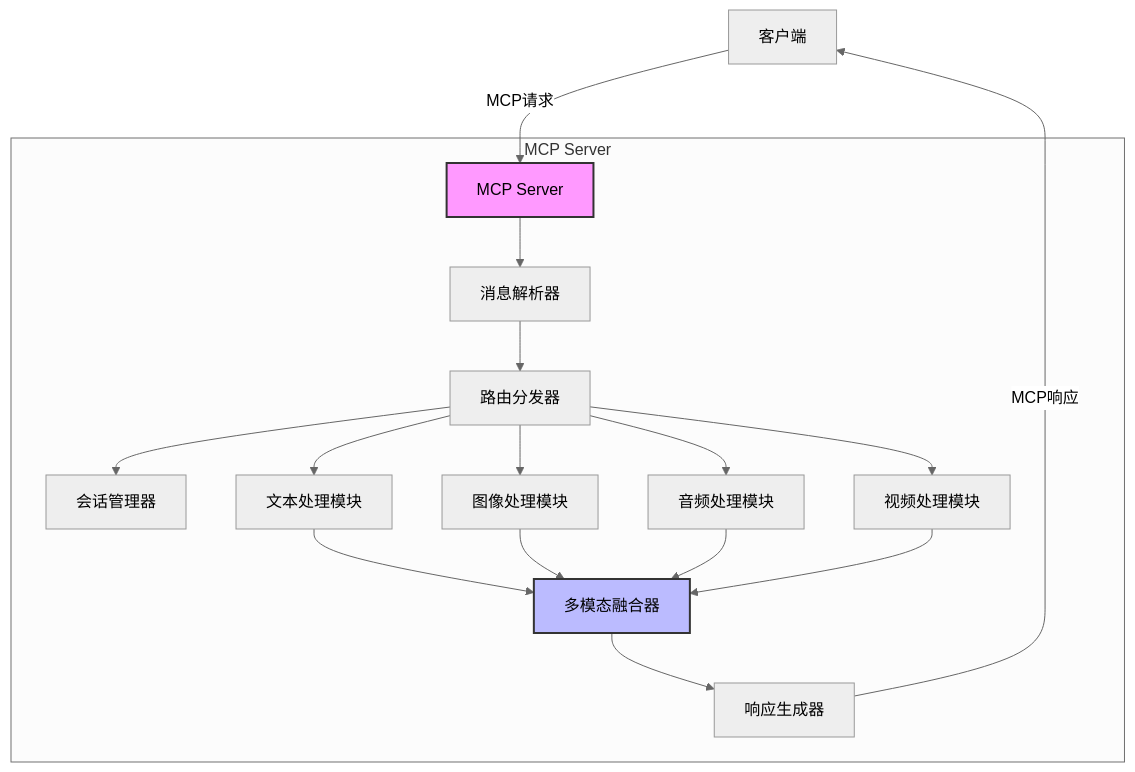
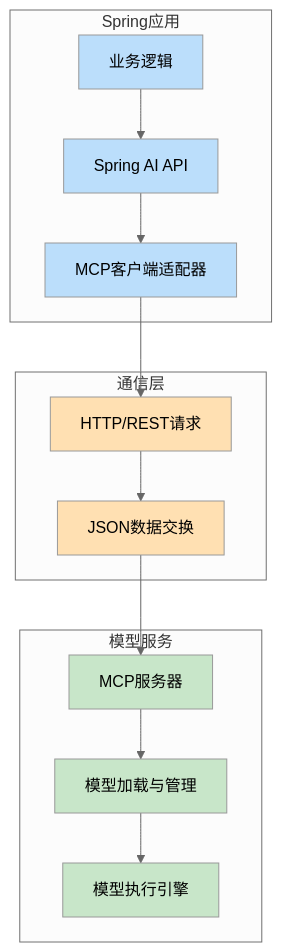
The second of 5 diagrams in docs/zh/chapter_spring_ai/7-mcp.md (ktyhub/thinking-in-code), drawn with Mermaid (neutral theme) before and after one commit. The commit also changed other lines of this file and 6018 other files, not shown here.

````diff
--- a/docs/zh/chapter_spring_ai/7-mcp.md
+++ b/docs/zh/chapter_spring_ai/7-mcp.md
@@ -109,23 +28,27 @@
 ```mermaid
-graph TD
-    A[客户端] -->|MCP请求| B[MCP Server]
-    
-    subgraph "MCP Server"
-        B --> C[消息解析器]
-        C --> D[路由分发器]
-        D --> E[会话管理器]
-        
-        D --> F[文本处理模块]
-        D --> G[图像处理模块]
-        D --> H[音频处理模块]
-        D --> I[视频处理模块]
-        
-        F & G & H & I --> J[多模态融合器]
-        J --> K[响应生成器]
+flowchart TD
+    subgraph "Spring应用"
+        A[业务逻辑] --> B[Spring AI API]
+        B --> C[MCP客户端适配器]
     end
     
-    K -->|MCP响应| A
+    subgraph "通信层"
+        C --> D[HTTP/REST请求]
+        D --> E[JSON数据交换]
+    end
     
-    style B fill:#f9f,stroke:#333,stroke-width:2px
-    style J fill:#bbf,stroke:#333,stroke-width:2px
+    subgraph "模型服务"
+        E --> F[MCP服务器]
+        F --> G[模型加载与管理]
+        G --> H[模型执行引擎]
+    end
+    
+    style A fill:#bbdefb
+    style B fill:#bbdefb
+    style C fill:#bbdefb
+    style D fill:#ffe0b2
+    style E fill:#ffe0b2
+    style F fill:#c8e6c9
+    style G fill:#c8e6c9
+    style H fill:#c8e6c9
 ```
````
